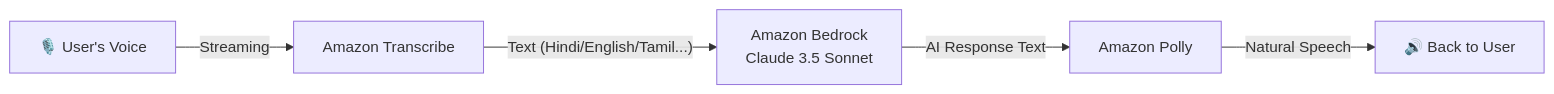
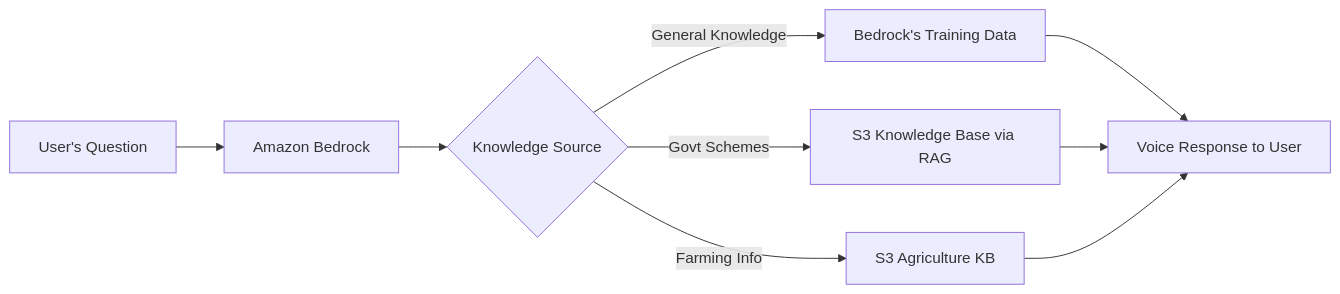
One commit to piyush-lingwal/BharatVani changed the third of 10 diagrams in README.md. Above: the diagram before and after it, drawn with Mermaid. The commit also changed other lines of this file, not shown here.

````diff
--- a/README.md
+++ b/README.md
@@ -136,7 +180,11 @@
 ```mermaid
 graph LR
-    A["🎙️ User's Voice"] -->|"Streaming"| B["Amazon Transcribe"]
-    B -->|"Text (Hindi/English/Tamil...)"| C["Amazon Bedrock<br/>Claude 3.5 Sonnet"]
-    C -->|"AI Response Text"| D["Amazon Polly"]
-    D -->|"Natural Speech"| E["🔊 Back to User"]
+    A["User's Question"] --> B["Amazon Bedrock"]
+    B --> C{"Knowledge Source"}
+    C -->|"General Knowledge"| D["Bedrock's Training Data"]
+    C -->|"Govt Schemes"| E["S3 Knowledge Base via RAG"]
+    C -->|"Farming Info"| F["S3 Agriculture KB"]
+    D --> G["Voice Response to User"]
+    E --> G
+    F --> G
 ```
````
